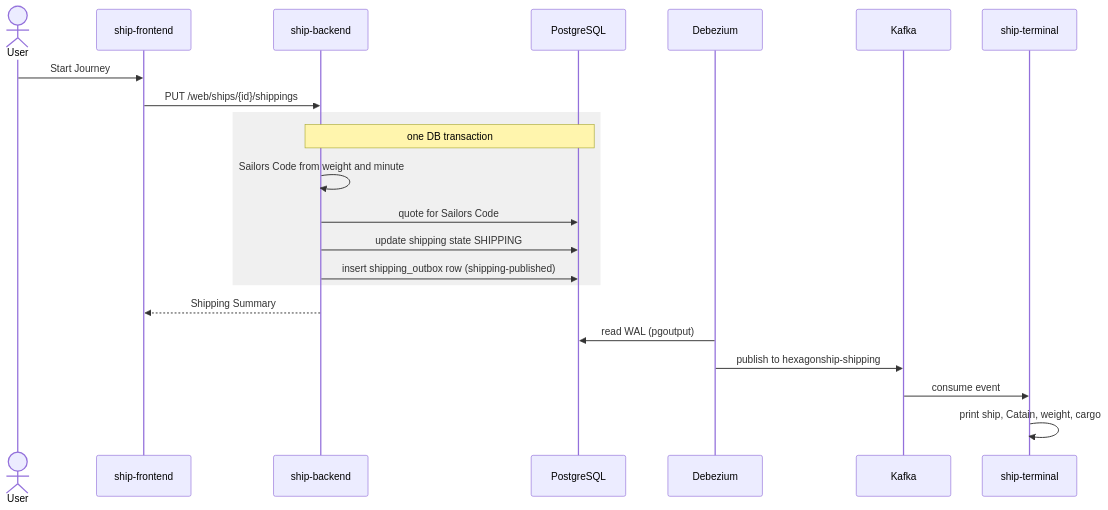
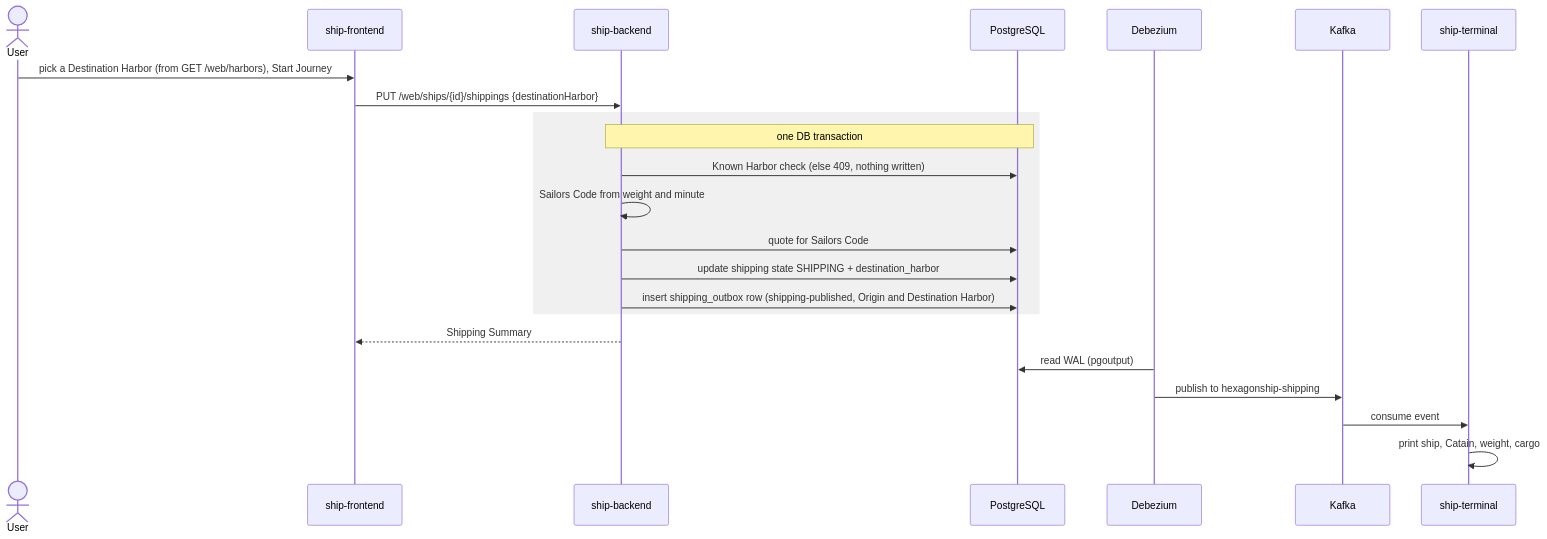
One commit to maurizio100/ddd-ship changed the third of 5 diagrams in docs/arc42/06-runtime.md. Above: the diagram before and after it, drawn with Mermaid. The commit also changed 16 other files, not shown here.

First line of the commit message:
feat: Release a ship to a Known Harbor as Destination Harbor (backend)

````diff
--- a/docs/arc42/06-runtime.md
+++ b/docs/arc42/06-runtime.md
@@ -45,24 +45,25 @@
 ```mermaid
 sequenceDiagram
     actor U as User
     participant FE as ship-frontend
     participant BE as ship-backend
     participant DB as PostgreSQL
     participant CDC as Debezium
     participant K as Kafka
     participant T as ship-terminal
-    U->>FE: Start Journey
-    FE->>BE: PUT /web/ships/{id}/shippings
+    U->>FE: pick a Destination Harbor (from GET /web/harbors), Start Journey
+    FE->>BE: PUT /web/ships/{id}/shippings {destinationHarbor}
     rect rgb(240,240,240)
     Note over BE,DB: one DB transaction
+    BE->>DB: Known Harbor check (else 409, nothing written)
     BE->>BE: Sailors Code from weight and minute
     BE->>DB: quote for Sailors Code
-    BE->>DB: update shipping state SHIPPING
-    BE->>DB: insert shipping_outbox row (shipping-published)
+    BE->>DB: update shipping state SHIPPING + destination_harbor
+    BE->>DB: insert shipping_outbox row (shipping-published, Origin and Destination Harbor)
     end
     BE-->>FE: Shipping Summary
     CDC->>DB: read WAL (pgoutput)
     CDC->>K: publish to hexagonship-shipping
     K->>T: consume event
     T->>T: print ship, Catain, weight, cargo
 ```
````
